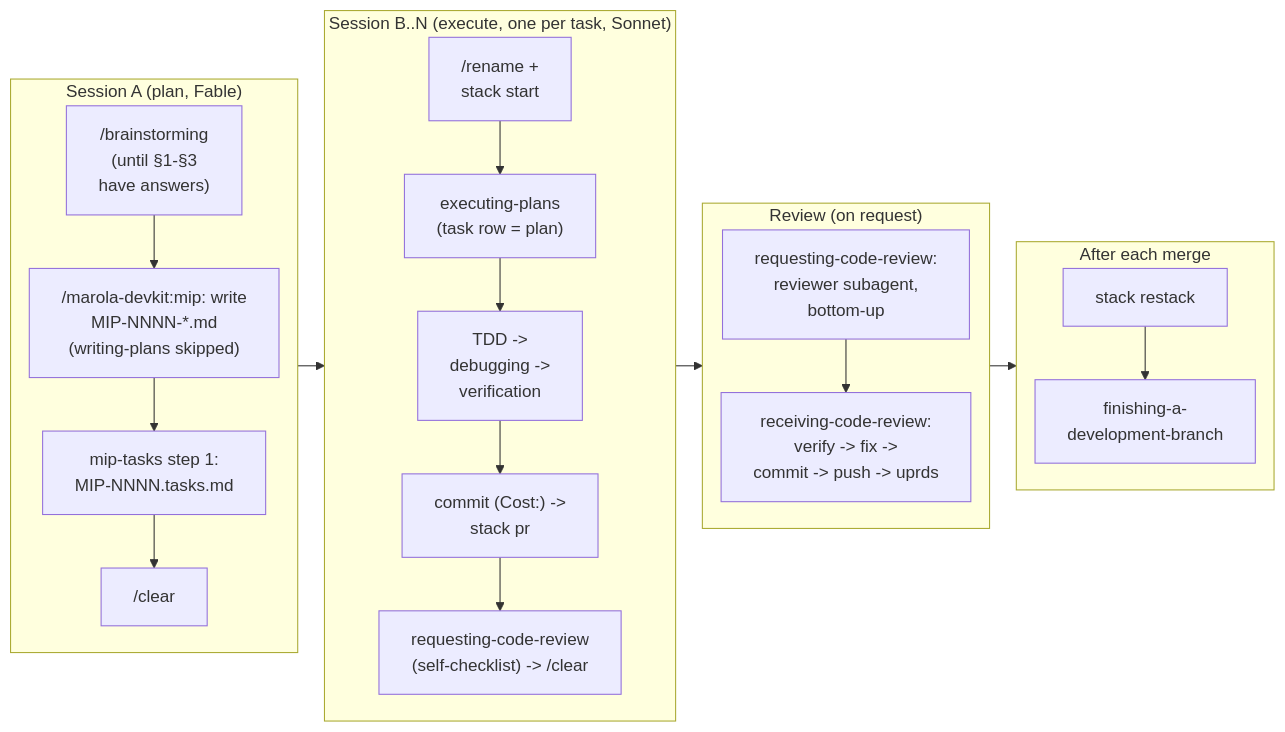
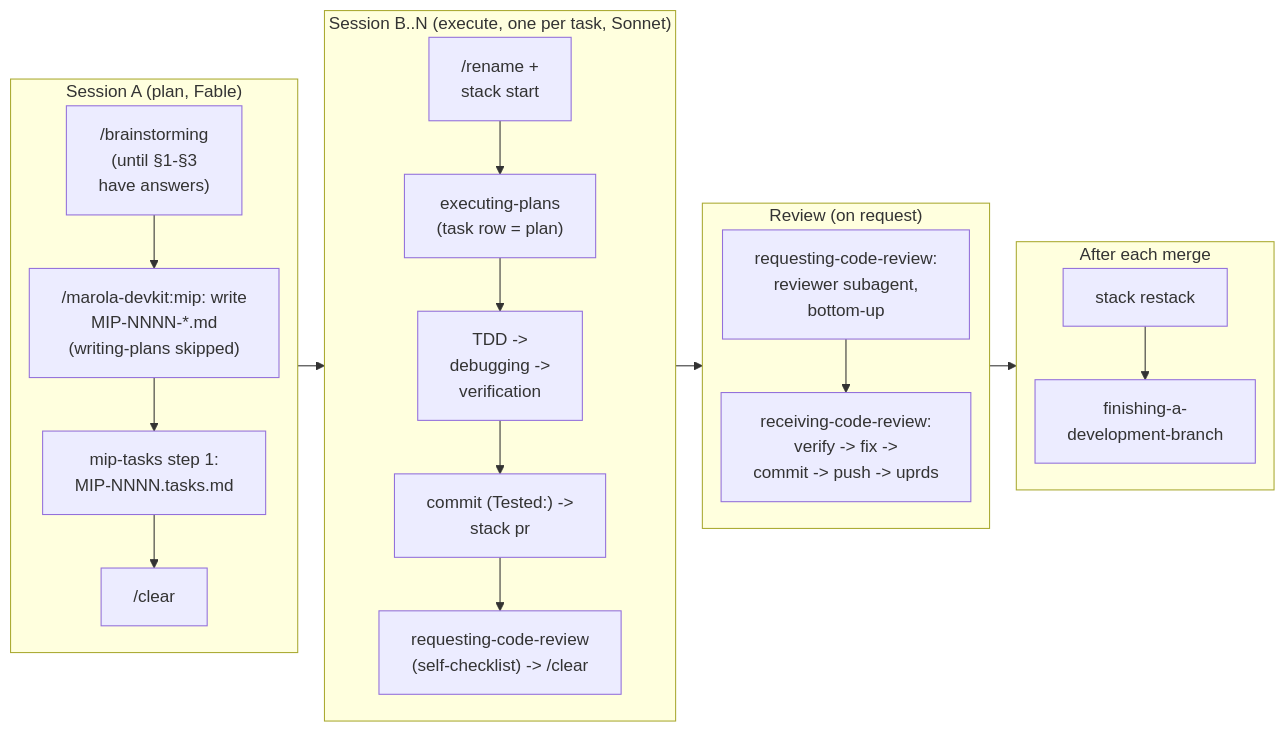
One commit to marola-dev/marola changed the diagram in docs/3-Ways-of-working/AGENT-SKILLS.md. Above: the diagram before and after it, drawn with Mermaid. The commit also changed other lines of this file and 31 other files, not shown here.

First line of the commit message:
Drop the Cost: commit trailer from the umbrella

````diff
--- a/docs/3-Ways-of-working/AGENT-SKILLS.md
+++ b/docs/3-Ways-of-working/AGENT-SKILLS.md
@@ -70,34 +70,34 @@
 ```mermaid
 %%{init: {"flowchart": {"nodeSpacing": 15, "rankSpacing": 25}}}%%
 flowchart LR
   subgraph sessionA["Session A (plan, Fable)"]
     direction TB
     a1["/brainstorming<br/>(until §1-§3<br/>have answers)"]
     a2["/marola-devkit:mip: write<br/>MIP-NNNN-*.md<br/>(writing-plans skipped)"]
     a3["mip-tasks step 1:<br/>MIP-NNNN.tasks.md"]
     a4["/clear"]
     a1 --> a2 --> a3 --> a4
   end
   subgraph sessionBN["Session B..N (execute, one per task, Sonnet)"]
     direction TB
     b1["/rename +<br/>stack start"]
     b2["executing-plans<br/>(task row = plan)"]
     b3["TDD -><br/>debugging -><br/>verification"]
-    b4["commit (Cost:) -><br/>stack pr"]
+    b4["commit (Tested:) -><br/>stack pr"]
     b5["requesting-code-review<br/>(self-checklist) -> /clear"]
     b1 --> b2 --> b3 --> b4 --> b5
   end
   subgraph reviewSession["Review (on request)"]
     direction TB
     r1["requesting-code-review:<br/>reviewer subagent,<br/>bottom-up"]
     r2["receiving-code-review:<br/>verify -> fix -><br/>commit -> push -> uprds"]
     r1 --> r2
   end
   subgraph afterMerge["After each merge"]
     direction TB
     m1["stack restack"]
     m2["finishing-a-<br/>development-branch"]
     m1 --> m2
   end
   sessionA --> sessionBN --> reviewSession --> afterMerge
 ```
````
